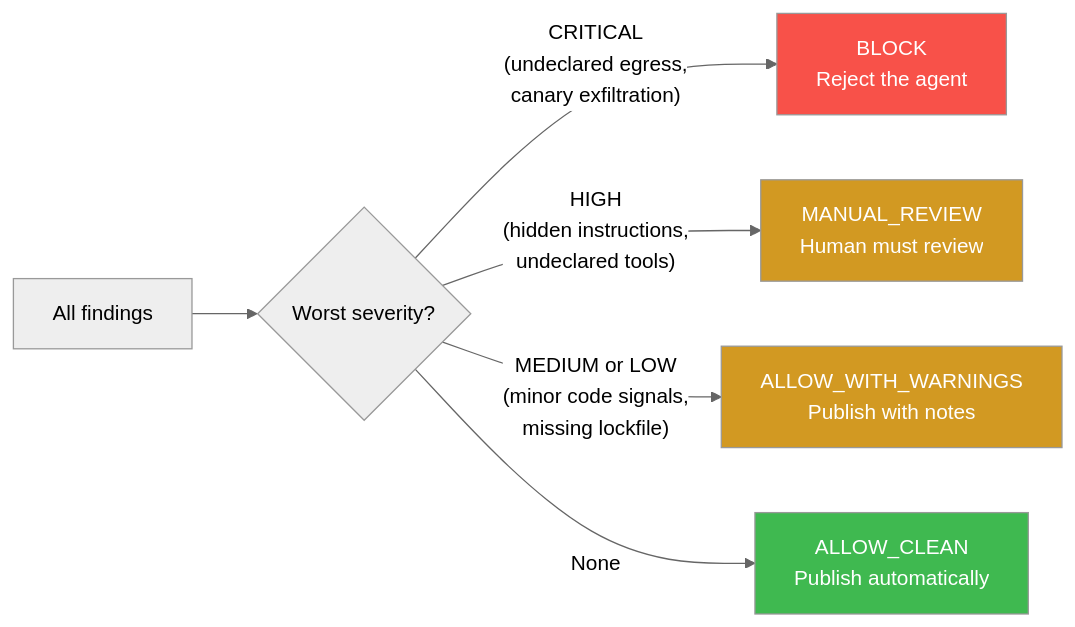
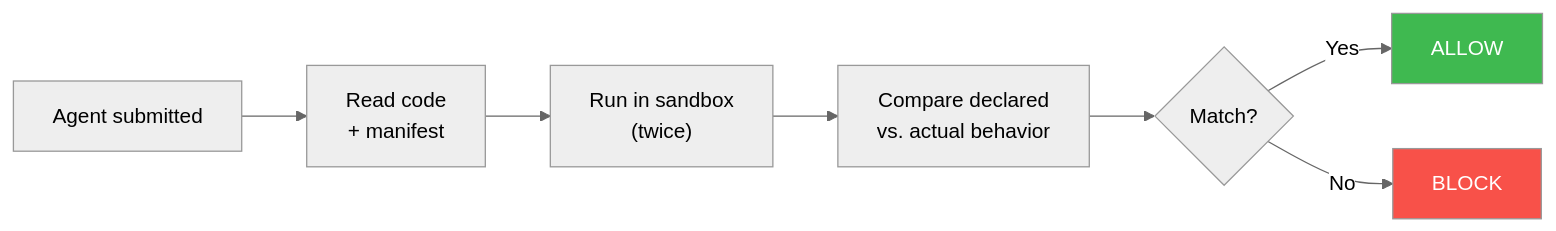
Before and after one commit to Elliot-Sones/AgentGate: the diagram in README.md, drawn with Mermaid (neutral theme). The commit also changed other lines of this file, not shown here.

First line of the commit message:
Simplify README: focus on outcomes, cut diagram clutter

````diff
--- a/README.md
+++ b/README.md
@@ -104,13 +51,12 @@
 ```mermaid
 flowchart LR
-    A["All findings"] --> B{Worst severity?}
-    B -->|"CRITICAL\n(undeclared egress,\ncanary exfiltration)"| C["BLOCK\nReject the agent"]
-    B -->|"HIGH\n(hidden instructions,\nundeclared tools)"| D["MANUAL_REVIEW\nHuman must review"]
-    B -->|"MEDIUM or LOW\n(minor code signals,\nmissing lockfile)"| E["ALLOW_WITH_WARNINGS\nPublish with notes"]
-    B -->|"None"| F["ALLOW_CLEAN\nPublish automatically"]
+    A["Agent submitted"] --> B["Read code\n+ manifest"]
+    B --> C["Run in sandbox\n(twice)"]
+    C --> D["Compare declared\nvs. actual behavior"]
+    D --> E{"Match?"}
+    E -->|"Yes"| F["ALLOW"]
+    E -->|"No"| G["BLOCK"]
 
-    style C fill:#f85149,color:#fff
-    style D fill:#d29922,color:#fff
-    style E fill:#d29922,color:#fff
     style F fill:#3fb950,color:#fff
+    style G fill:#f85149,color:#fff
 ```
````
